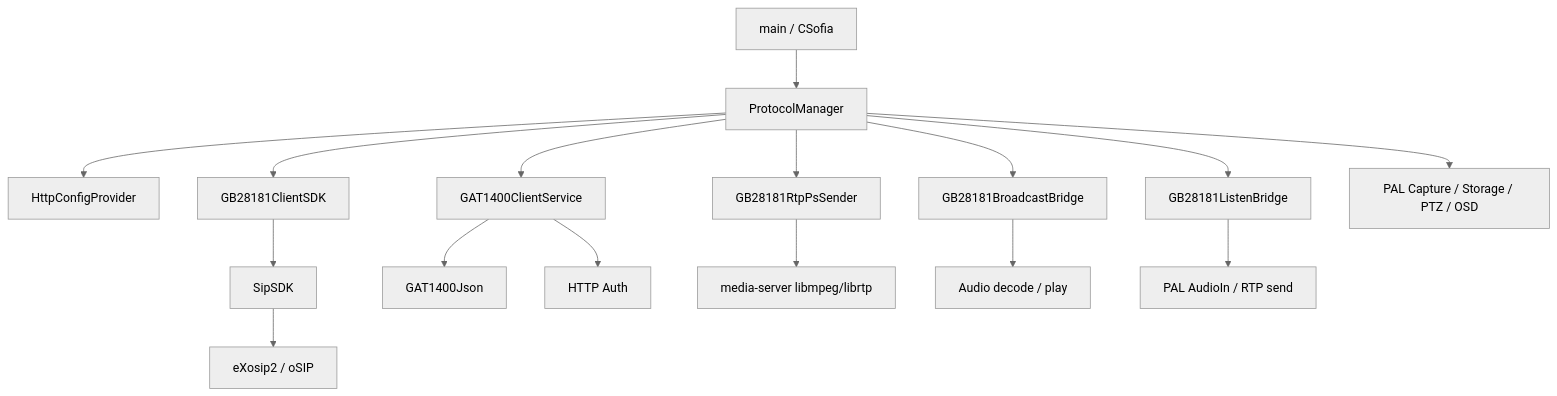
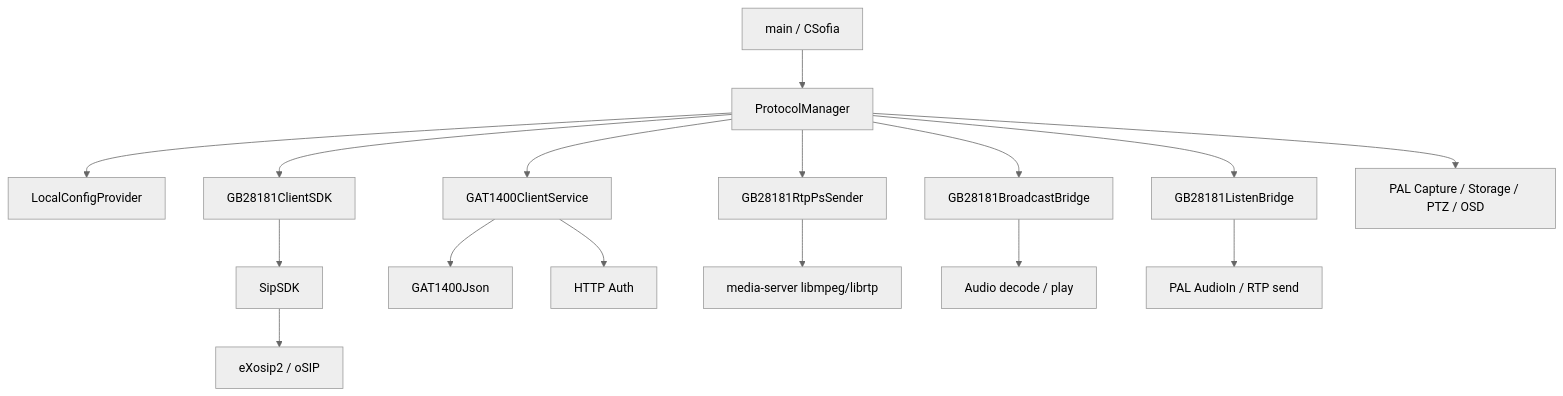
Before and after one commit to lhySilver/rk_gb: the first of 2 diagrams in helloagents/wiki/arch.md, drawn with Mermaid (neutral theme). The commit also changed other lines of this file and 33 other files, not shown here.

````diff
--- a/helloagents/wiki/arch.md
+++ b/helloagents/wiki/arch.md
@@ -4,18 +4,18 @@
 ```mermaid
 flowchart TD
     A[main / CSofia] --> B[ProtocolManager]
-    B --> C[HttpConfigProvider]
+    B --> C[LocalConfigProvider]
     B --> D[GB28181ClientSDK]
     B --> E[GB28181RtpPsSender]
     B --> F[GB28181BroadcastBridge]
     B --> G[GB28181ListenBridge]
     B --> H[GAT1400ClientService]
     D --> I[SipSDK]
     I --> J[eXosip2 / oSIP]
     H --> K[GAT1400Json]
     H --> L[HTTP Auth]
     E --> M[media-server libmpeg/librtp]
     F --> N[Audio decode / play]
     G --> O[PAL AudioIn / RTP send]
     B --> P[PAL Capture / Storage / PTZ / OSD]
 ```
````
